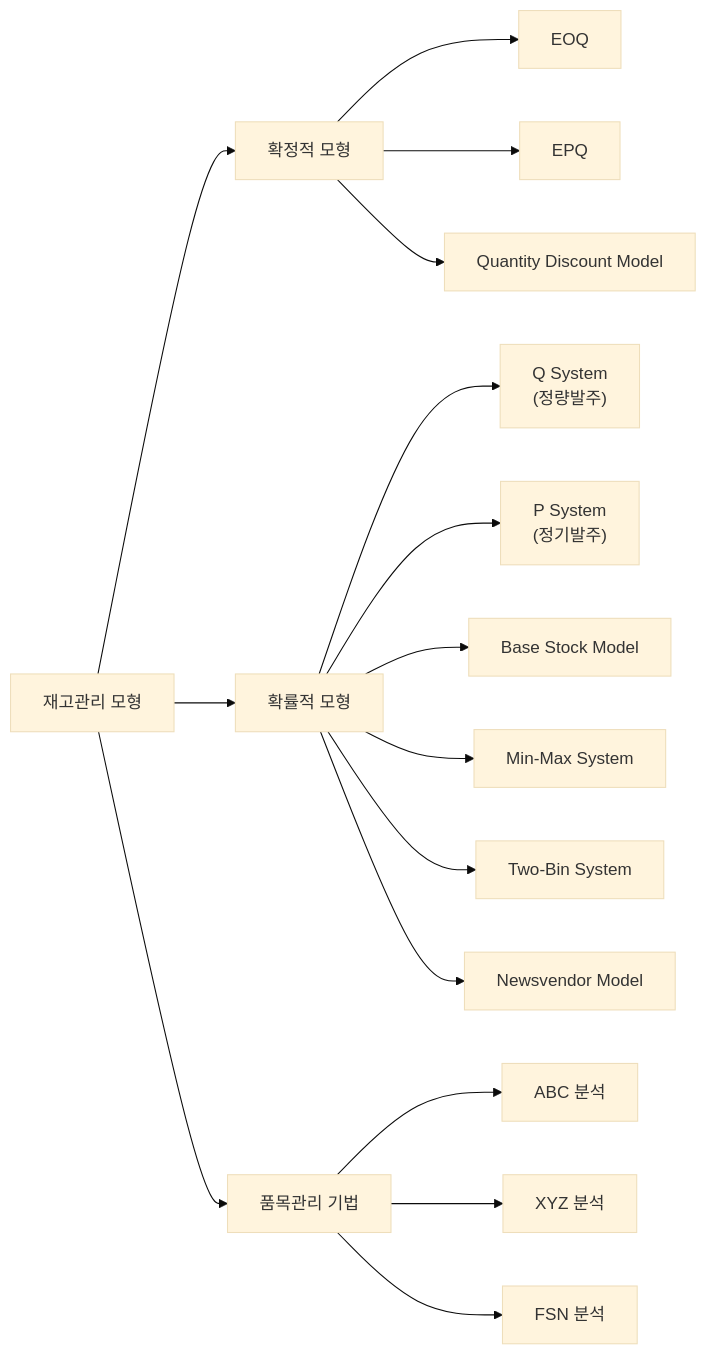
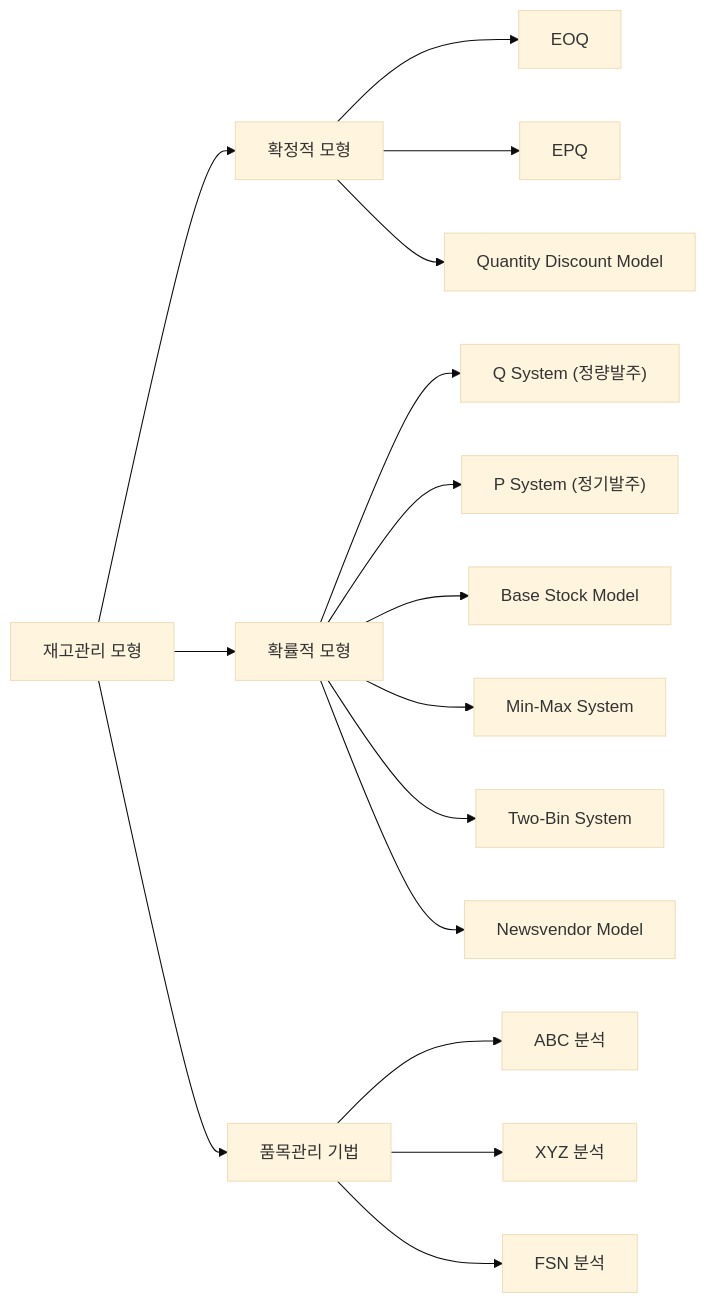
One commit to yeonkyupark/pepc3e changed the fourth of 4 diagrams in docs/0204_logistics_material_and_inventory_management.md. Above: the diagram before and after it, drawn with Mermaid (base theme). The commit also changed other lines of this file, not shown here.

````diff
--- a/docs/0204_logistics_material_and_inventory_management.md
+++ b/docs/0204_logistics_material_and_inventory_management.md
@@ -357,24 +357,24 @@
 ```mermaid
 flowchart LR
 
-    A[재고관리 모형]
+    A["재고관리 모형"]
 
-    A --> B[확정적 모형]
-    A --> C[확률적 모형]
-    A --> D[품목관리 기법]
+    A --> B["확정적 모형"]
+    A --> C["확률적 모형"]
+    A --> D["품목관리 기법"]
 
-    B --> B1[EOQ]
-    B --> B2[EPQ]
-    B --> B3[Quantity Discount Model]
+    B --> B1["EOQ"]
+    B --> B2["EPQ"]
+    B --> B3["Quantity Discount Model"]
 
-    C --> C1["Q System<br/>(정량발주)"]
-    C --> C2["P System<br/>(정기발주)"]
-    C --> C3[Base Stock Model]
-    C --> C4[Min-Max System]
-    C --> C5[Two-Bin System]
-    C --> C6[Newsvendor Model]
+    C --> C1["Q System (정량발주)"]
+    C --> C2["P System (정기발주)"]
+    C --> C3["Base Stock Model"]
+    C --> C4["Min-Max System"]
+    C --> C5["Two-Bin System"]
+    C --> C6["Newsvendor Model"]
 
-    D --> D1[ABC 분석]
-    D --> D2[XYZ 분석]
-    D --> D3[FSN 분석]
+    D --> D1["ABC 분석"]
+    D --> D2["XYZ 분석"]
+    D --> D3["FSN 분석"]
 ```
````
